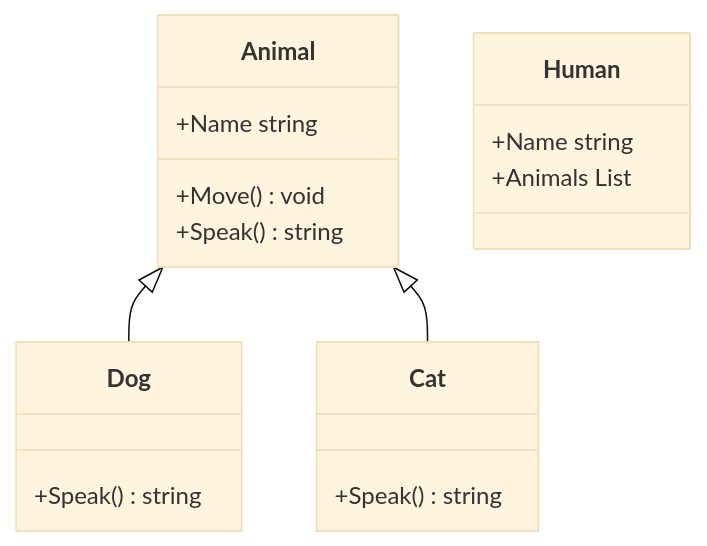
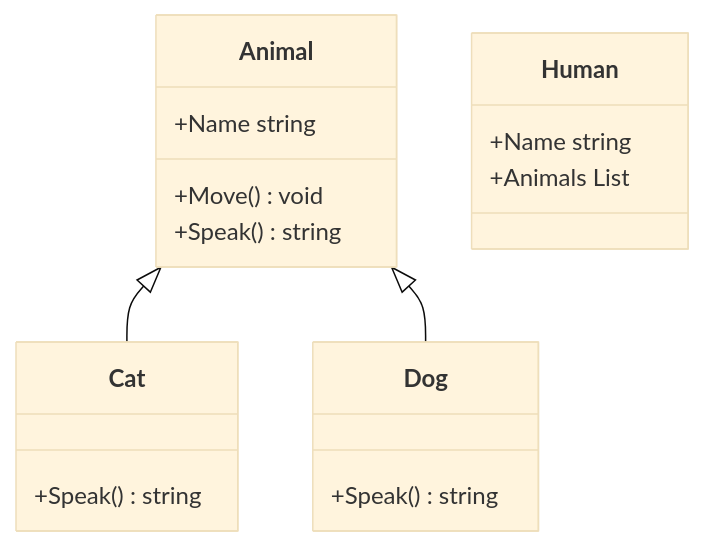
One commit to nurzhanme/SharpmaidGithubActionSample changed the diagram in UML.md. Above: the diagram before and after it, drawn with Mermaid (base theme). The commit also changed other lines of this file, not shown here.

Commit message:
UML generated

````diff
--- a/UML.md
+++ b/UML.md
@@ -1,20 +1,20 @@
 ```mermaid
 classDiagram
-Animal  <|-- Dog
-class Dog{
+class Animal{
++Name string
++Move() void
 +Speak() string
 }
 Animal  <|-- Cat
 class Cat{
 +Speak() string
 }
-class Animal{
-+Name string
-+Move() void
-+Speak() string
-}
 class Human{
 +Name string
 +Animals List<Animal>
 }
+Animal  <|-- Dog
+class Dog{
++Speak() string
+}
 ```
````
